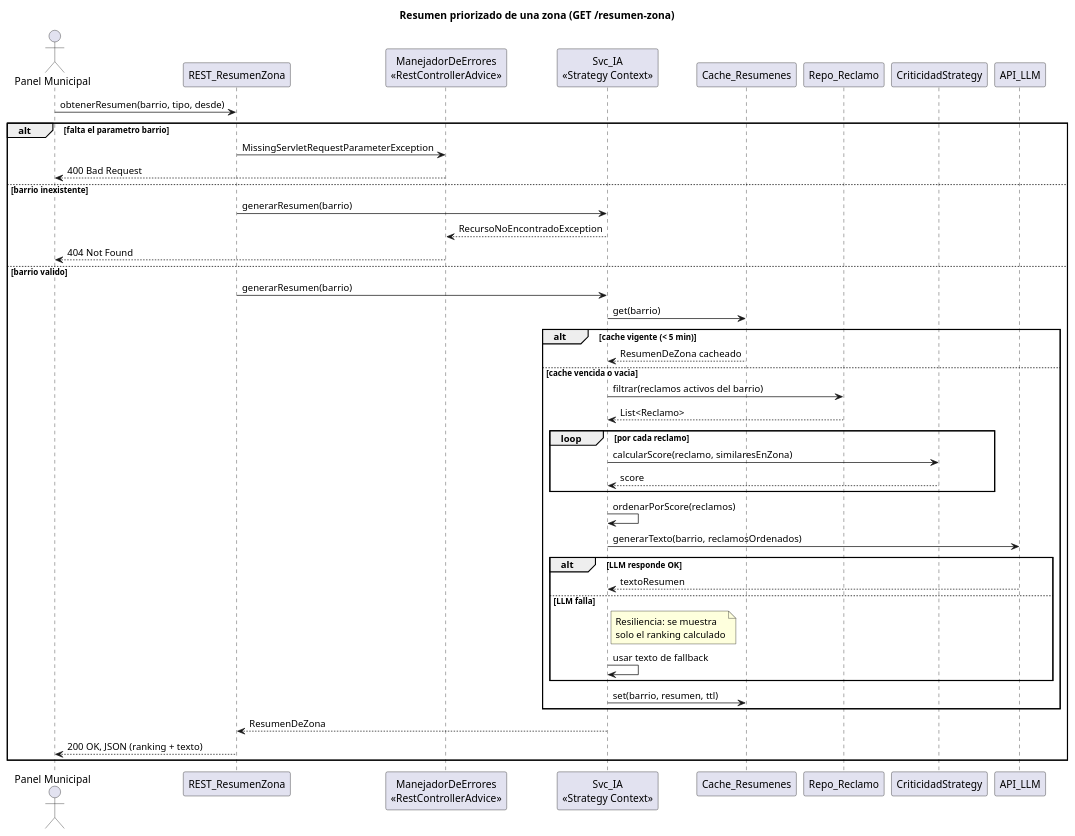
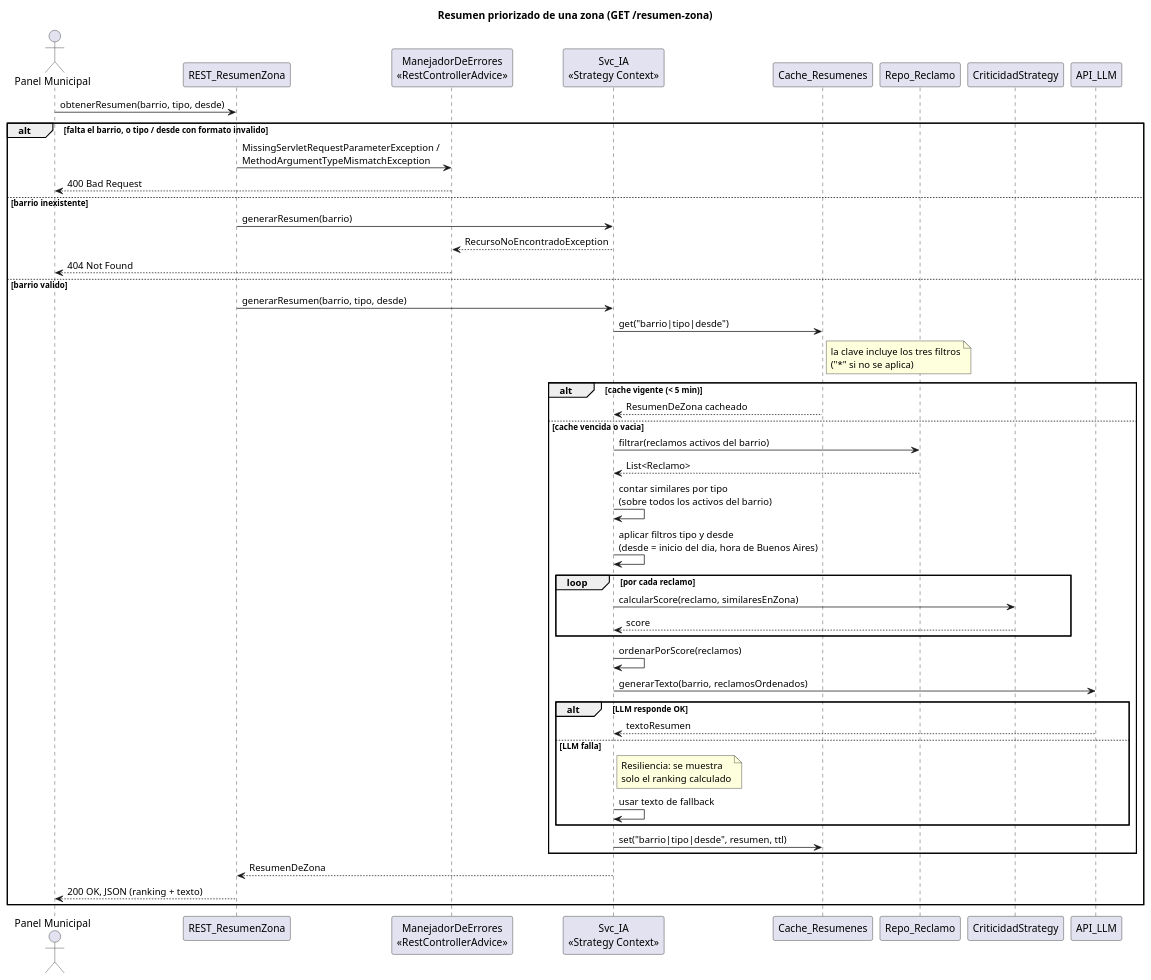
One commit to francolovera24/Backend-TicketeraMunicipal-DDA2 changed the diagram in docs/03_secuencia_resumen_zona.puml. Above: the diagram before and after it, drawn with PlantUML. The commit also changed 12 other files, not shown here.

First line of the commit message:
Punto 11: filtros tipo y desde en el resumen de zona

```diff
--- a/docs/03_secuencia_resumen_zona.puml
+++ b/docs/03_secuencia_resumen_zona.puml
@@ -1,54 +1,57 @@
 @startuml
 title Resumen priorizado de una zona (GET /resumen-zona)
 
 actor "Panel Municipal" as Panel
 participant "REST_ResumenZona" as REST
 participant "ManejadorDeErrores\n<<RestControllerAdvice>>" as Errores
 participant "Svc_IA\n<<Strategy Context>>" as Svc
 participant "Cache_Resumenes" as Cache
 participant "Repo_Reclamo" as Repo
 participant "CriticidadStrategy" as Strategy
 participant "API_LLM" as LLM
 
 Panel -> REST : obtenerResumen(barrio, tipo, desde)
 
-alt falta el parametro barrio
-    REST -> Errores : MissingServletRequestParameterException
+alt falta el barrio, o tipo / desde con formato invalido
+    REST -> Errores : MissingServletRequestParameterException /\nMethodArgumentTypeMismatchException
     Errores --> Panel : 400 Bad Request
 else barrio inexistente
     REST -> Svc : generarResumen(barrio)
     Svc --> Errores : RecursoNoEncontradoException
     Errores --> Panel : 404 Not Found
 else barrio valido
-    REST -> Svc : generarResumen(barrio)
-    Svc -> Cache : get(barrio)
+    REST -> Svc : generarResumen(barrio, tipo, desde)
+    Svc -> Cache : get("barrio|tipo|desde")
+    note right of Cache : la clave incluye los tres filtros\n("*" si no se aplica)
 
     alt cache vigente (< 5 min)
         Cache --> Svc : ResumenDeZona cacheado
     else cache vencida o vacia
         Svc -> Repo : filtrar(reclamos activos del barrio)
         Repo --> Svc : List<Reclamo>
+        Svc -> Svc : contar similares por tipo\n(sobre todos los activos del barrio)
+        Svc -> Svc : aplicar filtros tipo y desde\n(desde = inicio del dia, hora de Buenos Aires)
 
         loop por cada reclamo
             Svc -> Strategy : calcularScore(reclamo, similaresEnZona)
             Strategy --> Svc : score
         end
 
         Svc -> Svc : ordenarPorScore(reclamos)
 
         Svc -> LLM : generarTexto(barrio, reclamosOrdenados)
 
         alt LLM responde OK
             LLM --> Svc : textoResumen
         else LLM falla
             note right of Svc : Resiliencia: se muestra\nsolo el ranking calculado
             Svc -> Svc : usar texto de fallback
         end
 
-        Svc -> Cache : set(barrio, resumen, ttl)
+        Svc -> Cache : set("barrio|tipo|desde", resumen, ttl)
     end
 
     Svc --> REST : ResumenDeZona
     REST --> Panel : 200 OK, JSON (ranking + texto)
 end
 @enduml
```
